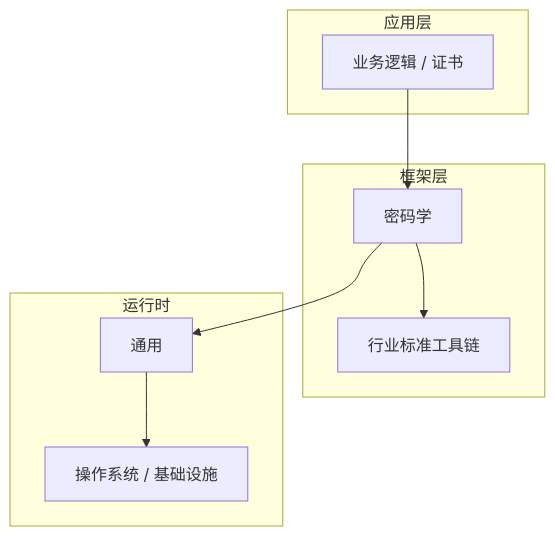
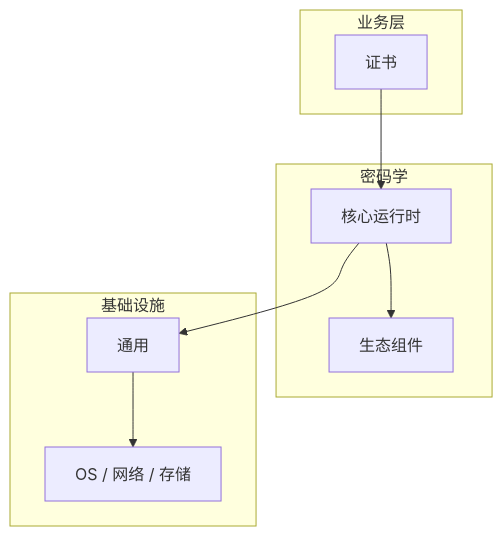
One commit to yanggan2015/knowledge-json-v2 changed the diagram in articles/密码学/chapters/061-证书核心概念与原理.md. Above: the diagram before and after it, drawn with Mermaid. The commit also changed other lines of this file and 10127 other files, not shown here.

````diff
--- a/articles/密码学/chapters/061-证书核心概念与原理.md
+++ b/articles/密码学/chapters/061-证书核心概念与原理.md
@@ -46,18 +31,18 @@
 ```mermaid
 graph TB
-    subgraph 应用层
-        A[业务逻辑 / 证书]
+    subgraph 业务层
+        A[证书]
     end
-    subgraph 框架层
-        B[密码学]
-        C[行业标准工具链]
+    subgraph 密码学
+        B[核心运行时]
+        C[生态组件]
     end
-    subgraph 运行时
+    subgraph 基础设施
         D[通用]
-        E[操作系统 / 基础设施]
+        E[OS / 网络 / 存储]
     end
     A --> B
     B --> C
     B --> D
     D --> E
 ```
````
